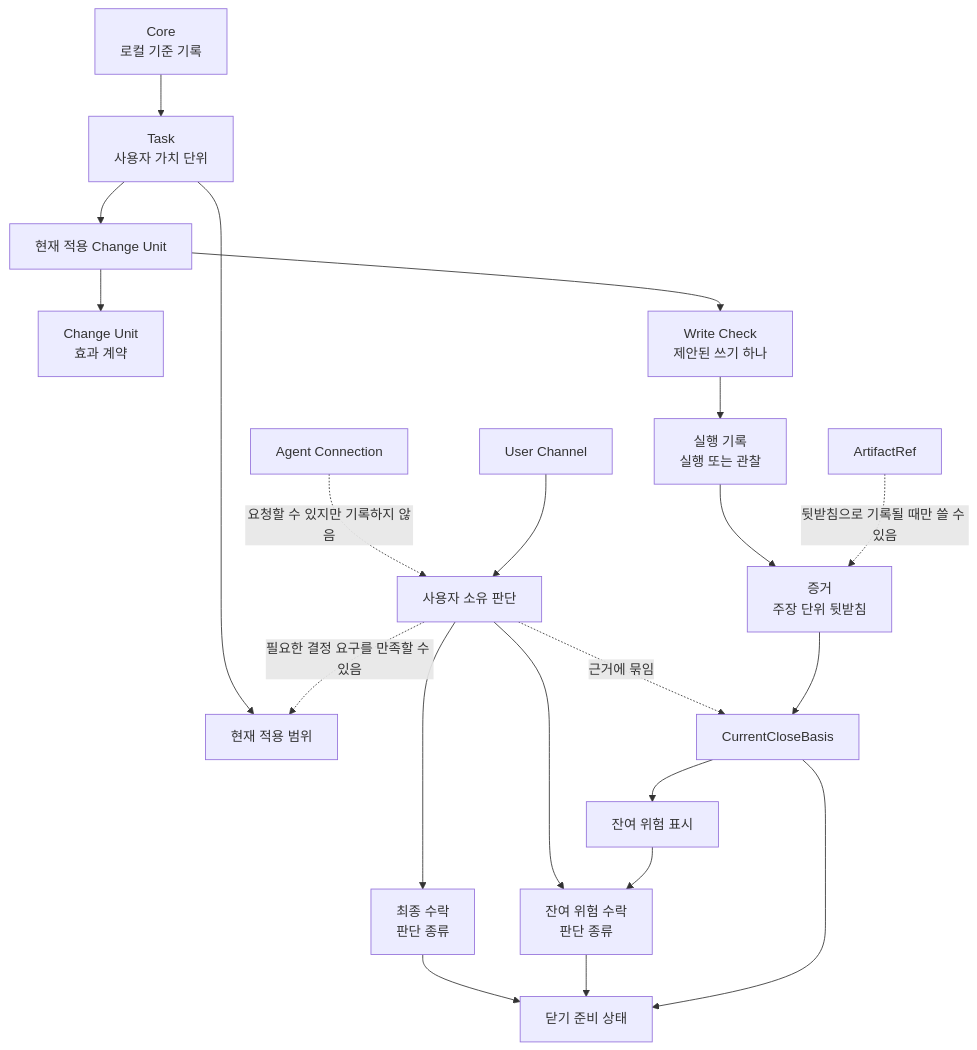
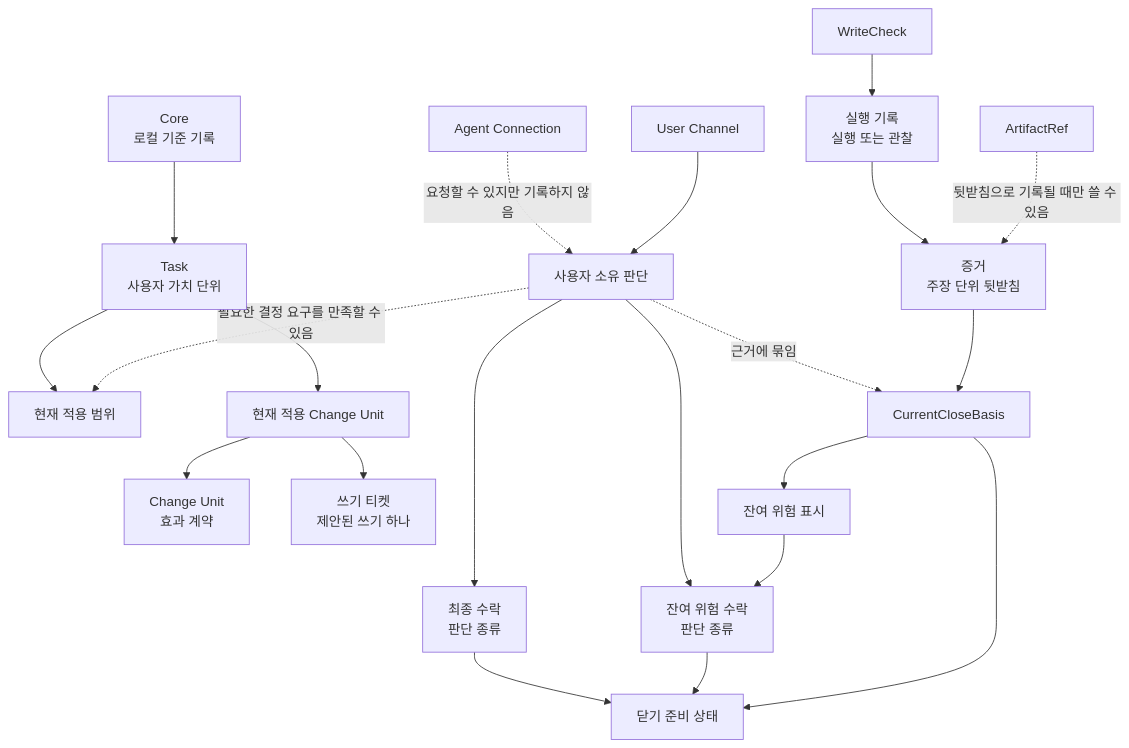
Before and after one commit to minjungw00/Volicord: the diagram in docs/ko/reference/core-model.md, drawn with Mermaid. The commit also changed other lines of this file and 100 other files, not shown here.

````diff
--- a/docs/ko/reference/core-model.md
+++ b/docs/ko/reference/core-model.md
@@ -87,23 +87,23 @@
 ```mermaid
 flowchart TD
     Core["Core<br/>로컬 기준 기록"] --> Task["Task<br/>사용자 가치 단위"]
     Task --> Scope["현재 적용 범위"]
     Task --> ChangeUnit["현재 적용 Change Unit"]
     ChangeUnit --> EffectContract["Change Unit<br/>효과 계약"]
-    ChangeUnit --> WriteCheck["Write Check<br/>제안된 쓰기 하나"]
+    ChangeUnit --> WriteTicket["쓰기 티켓<br/>제안된 쓰기 하나"]
     WriteCheck --> Run["실행 기록<br/>실행 또는 관찰"]
     Run --> Evidence["증거<br/>주장 단위 뒷받침"]
     ArtifactRef["ArtifactRef"] -. "뒷받침으로 기록될 때만 쓸 수 있음" .-> Evidence
     AgentConnection["Agent Connection"] -. "요청할 수 있지만 기록하지 않음" .-> Judgment["사용자 소유 판단"]
     UserChannel["User Channel"] --> Judgment
     Judgment -. "필요한 결정 요구를 만족할 수 있음" .-> Scope
     Judgment -. "근거에 묶임" .-> CloseBasis["CurrentCloseBasis"]
     Evidence --> CloseBasis
     Judgment --> FinalAcceptance["최종 수락<br/>판단 종류"]
     Judgment --> RiskAcceptance["잔여 위험 수락<br/>판단 종류"]
     CloseBasis --> ResidualRisk["잔여 위험 표시"]
     ResidualRisk --> RiskAcceptance
     FinalAcceptance --> CloseReadiness
     RiskAcceptance --> CloseReadiness
     CloseBasis --> CloseReadiness["닫기 준비 상태"]
 ```
````
